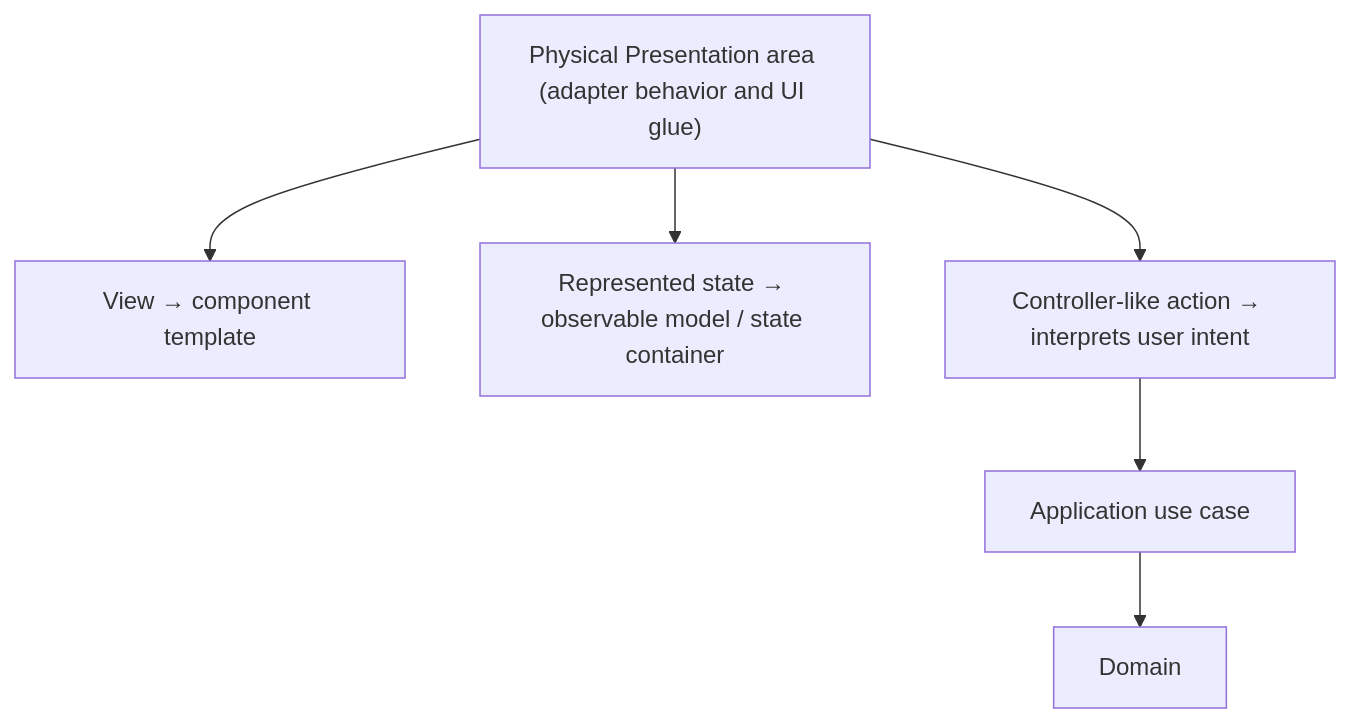
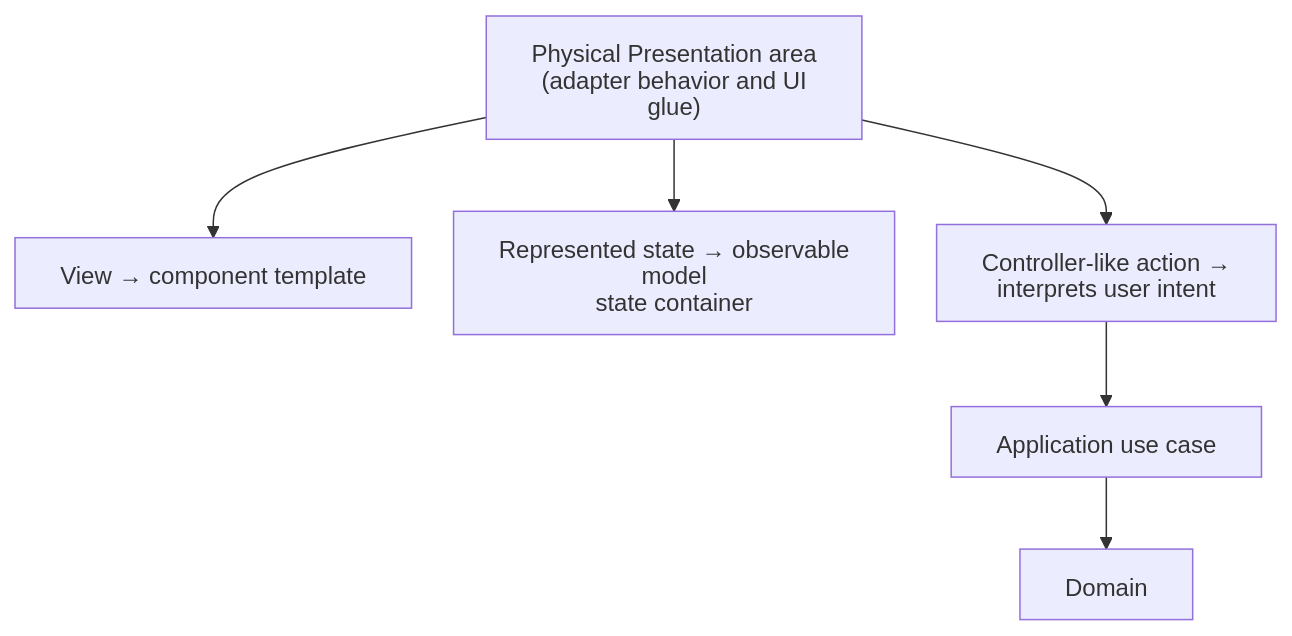
One commit to AndresTaoFlorez/software-architecture changed the second of 2 diagrams in architecture/patterns/presentation/model-view-controller/3-mvc-on-the-frontend.md. Above: the diagram before and after it, drawn with Mermaid. The commit also changed other lines of this file and 79 other files, not shown here.

````diff
--- a/architecture/patterns/presentation/model-view-controller/3-mvc-on-the-frontend.md
+++ b/architecture/patterns/presentation/model-view-controller/3-mvc-on-the-frontend.md
@@ -66,13 +81,14 @@
 ```mermaid
+%%{init: {"htmlLabels": false, "flowchart": {"htmlLabels": false, "nodeSpacing": 28, "rankSpacing": 48, "diagramPadding": 20, "wrappingWidth": 280}, "sequence": {"wrap": true, "diagramMarginX": 20, "diagramMarginY": 20}}}%%
 flowchart TD
-    N0["Physical Presentation area (adapter behavior and UI glue)"]
+    N0["Physical Presentation area<br/>(adapter behavior and UI<br/>glue)"]
     N1["View → component template"]
-    N2["Represented state → observable model / state container"]
-    N3["Controller-like action → interprets user intent"]
+    N2["Represented state → observable model<br/>state container"]
+    N3["Controller-like action →<br/>interprets user intent"]
     N4["Application use case"]
     N5["Domain"]
     N3 --> N4 --> N5
     N0 --> N1
     N0 --> N2
     N0 --> N3
 ```
````
